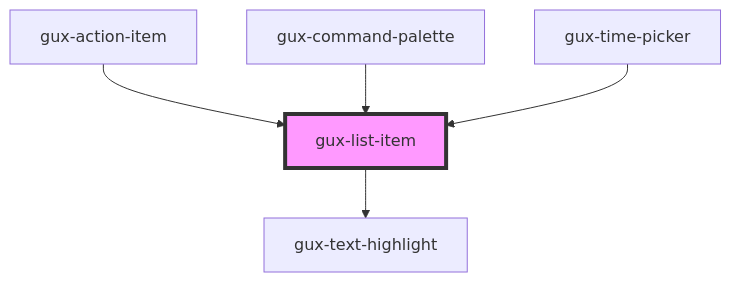
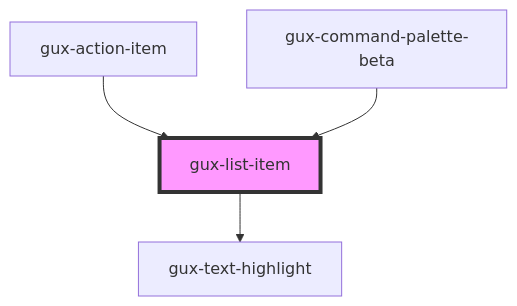
Before and after one commit to MyPureCloud/genesys-spark: the diagram in src/components/stable/gux-list/list-item/readme.md, drawn with Mermaid. The commit also changed other lines of this file and 93 other files, not shown here.

````diff
--- a/src/components/stable/gux-list/list-item/readme.md
+++ b/src/components/stable/gux-list/list-item/readme.md
@@ -48,8 +48,7 @@
 ```mermaid
 graph TD;
   gux-list-item --> gux-text-highlight
   gux-action-item --> gux-list-item
-  gux-command-palette --> gux-list-item
-  gux-time-picker --> gux-list-item
+  gux-command-palette-beta --> gux-list-item
   style gux-list-item fill:#f9f,stroke:#333,stroke-width:4px
 ```
````
